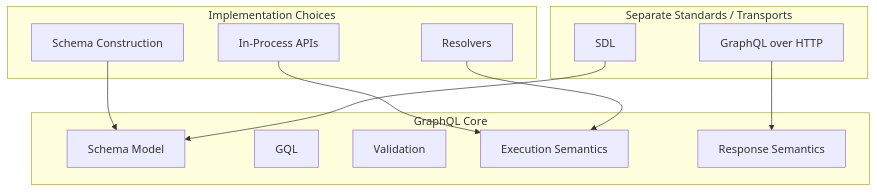
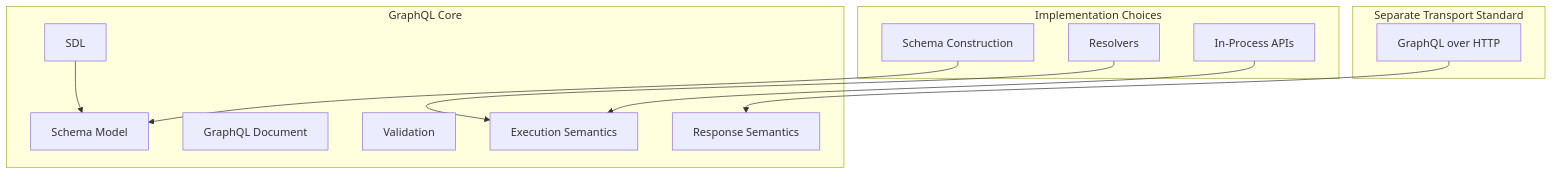
The fifth of 13 diagrams in graphql.md (etler/minimalist-guide), drawn with Mermaid before and after one commit. The commit also changed other lines of this file, not shown here.

Commit message:
Clarify GraphQL terminology and introduce terms before use

````diff
--- a/graphql.md
+++ b/graphql.md
@@ -231,27 +231,27 @@
 ```mermaid
 flowchart TB
     subgraph CORE["GraphQL Core"]
         S[Schema Model]
-        G[GQL]
+        SDL[SDL]
+        G[GraphQL Document]
         V[Validation]
         E[Execution Semantics]
         R[Response Semantics]
     end
 
     subgraph IMPL["Implementation Choices"]
         SC[Schema Construction]
         IA[In-Process APIs]
         RES[Resolvers]
     end
 
-    subgraph EXT["Separate Standards / Transports"]
-        SDL[SDL]
+    subgraph EXT["Separate Transport Standard"]
         HTTP[GraphQL over HTTP]
     end
 
     SC --> S
     IA --> E
     RES --> E
     SDL --> S
     HTTP --> R
 ```
````
